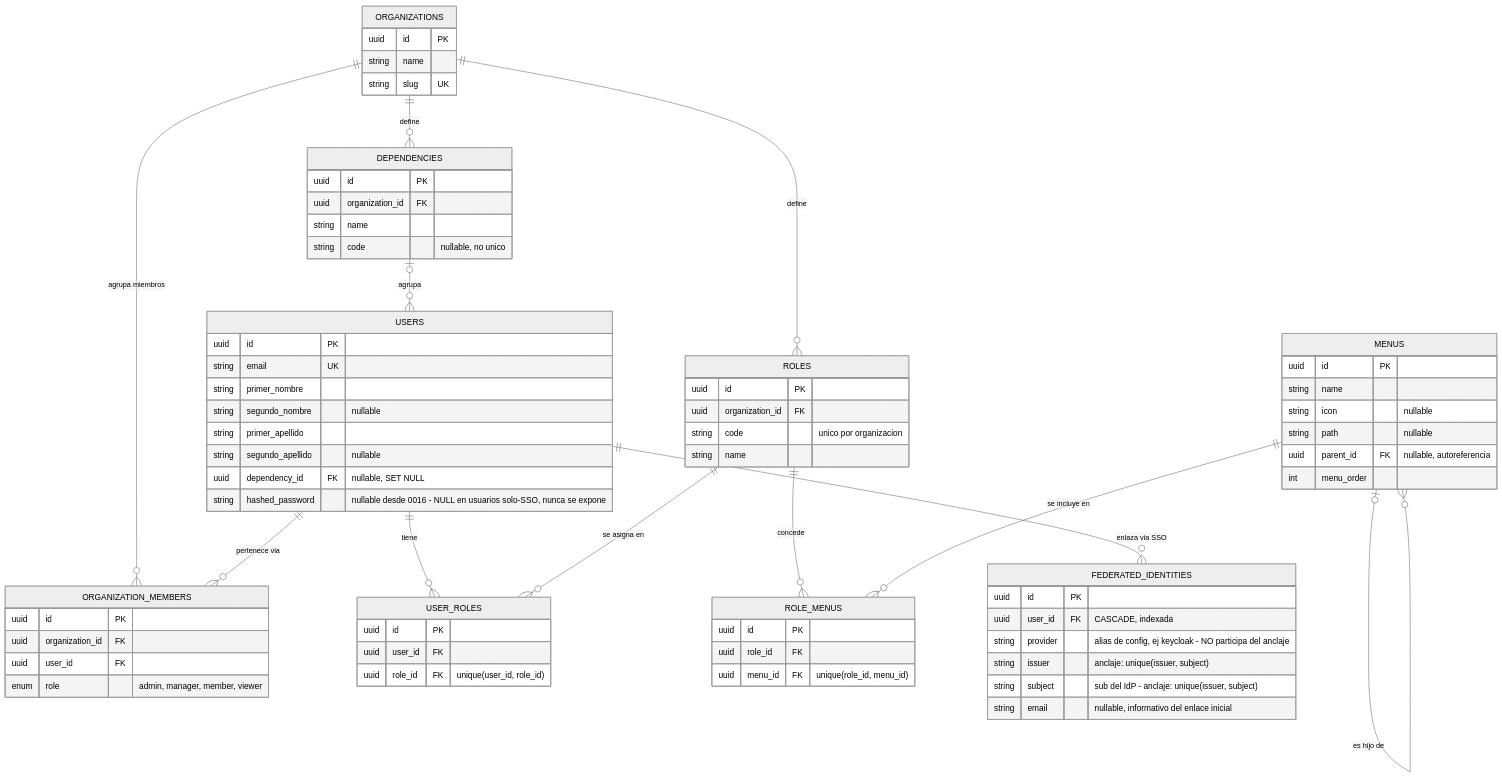
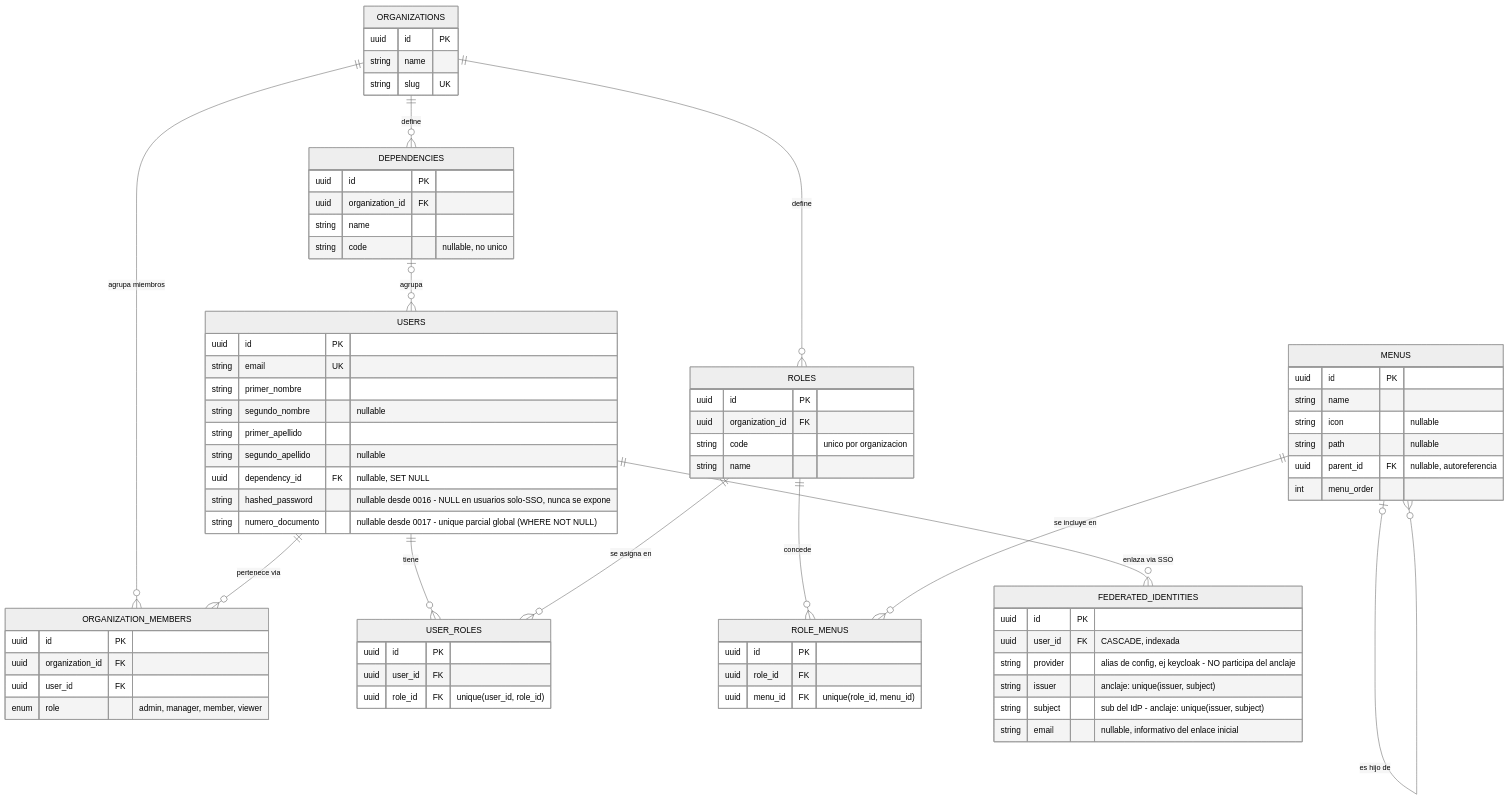
Before and after one commit to solercia-solutions/solercia-command: the second of 7 diagrams in docs/diagrams/er-model.md, drawn with Mermaid (neutral theme). The commit also changed other lines of this file and 9 other files, not shown here.

```diff
--- a/docs/diagrams/er-model.md
+++ b/docs/diagrams/er-model.md
@@ -127,6 +134,7 @@
         string segundo_apellido "nullable"
         uuid dependency_id FK "nullable, SET NULL"
         string hashed_password "nullable desde 0016 - NULL en usuarios solo-SSO, nunca se expone"
+        string numero_documento "nullable desde 0017 - unique parcial global (WHERE NOT NULL)"
     }
 
     ORGANIZATION_MEMBERS {
```
